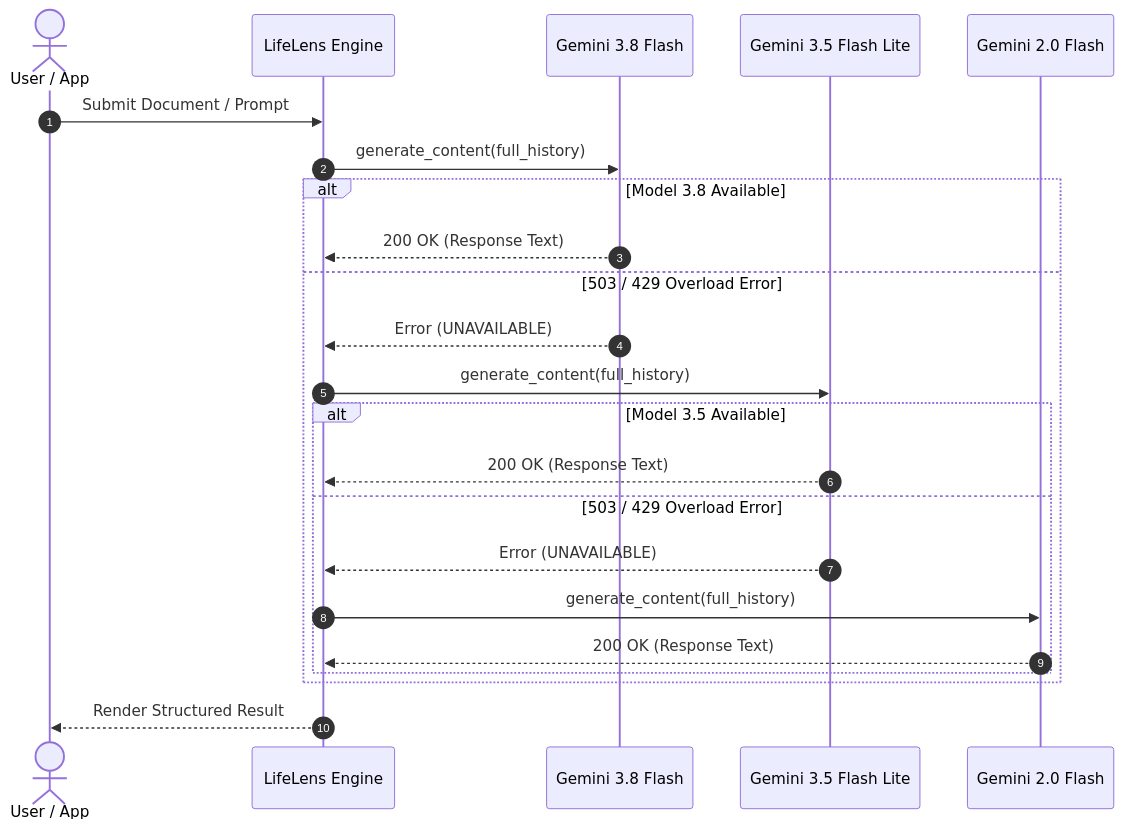
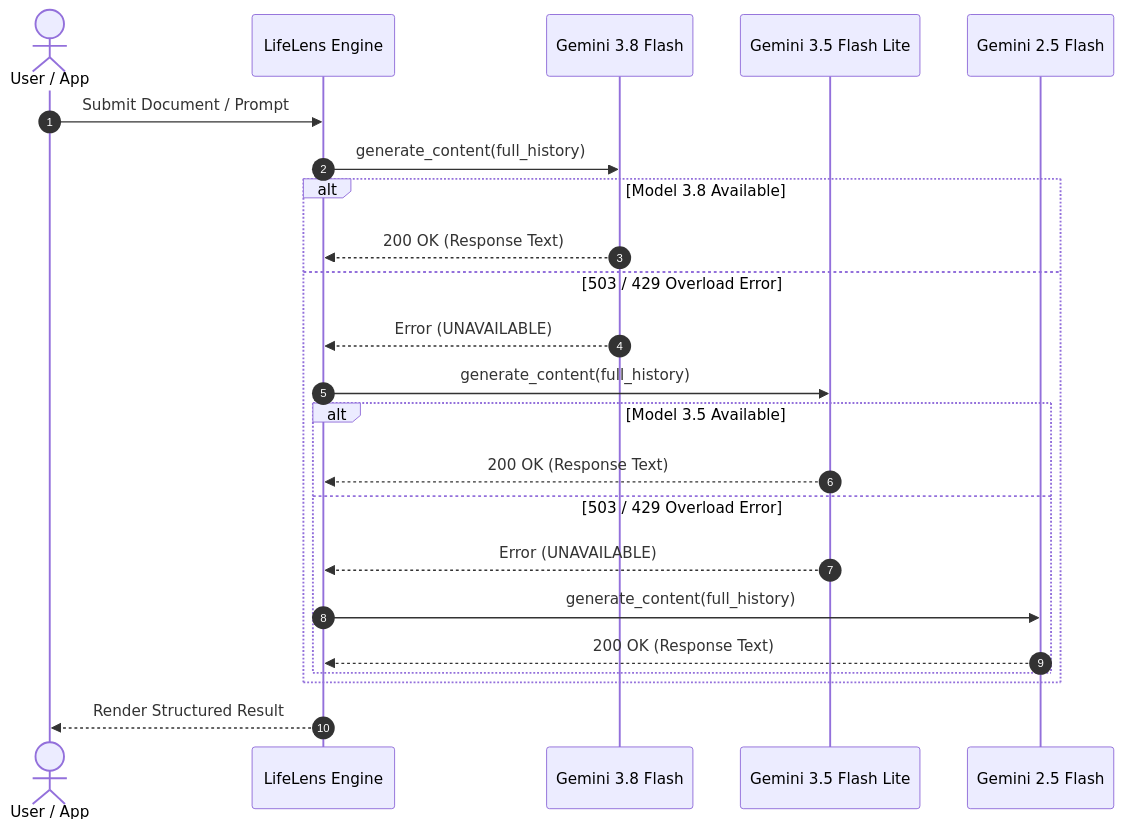
Before and after one commit to Siva-2511/Lifelens-AI: the third of 3 diagrams in README.md, drawn with Mermaid. The commit also changed other lines of this file and 2 other files, not shown here.

Commit message:
Add FastAPI inbound WhatsApp webhook server with secure media downloads, Gemini Vision analysis, and updated documentation

````diff
--- a/README.md
+++ b/README.md
@@ -83,26 +111,26 @@
 ```mermaid
 sequenceDiagram
     autonumber
     actor User as User / App
     participant Engine as LifeLens Engine
     participant M1 as Gemini 3.8 Flash
     participant M2 as Gemini 3.5 Flash Lite
-    participant M3 as Gemini 2.0 Flash
+    participant M3 as Gemini 2.5 Flash
 
     User->>Engine: Submit Document / Prompt
     Engine->>M1: generate_content(full_history)
     alt Model 3.8 Available
         M1-->>Engine: 200 OK (Response Text)
     else 503 / 429 Overload Error
         M1-->>Engine: Error (UNAVAILABLE)
         Engine->>M2: generate_content(full_history)
         alt Model 3.5 Available
             M2-->>Engine: 200 OK (Response Text)
         else 503 / 429 Overload Error
             M2-->>Engine: Error (UNAVAILABLE)
             Engine->>M3: generate_content(full_history)
             M3-->>Engine: 200 OK (Response Text)
         end
     end
     Engine-->>User: Render Structured Result
 ```
````
